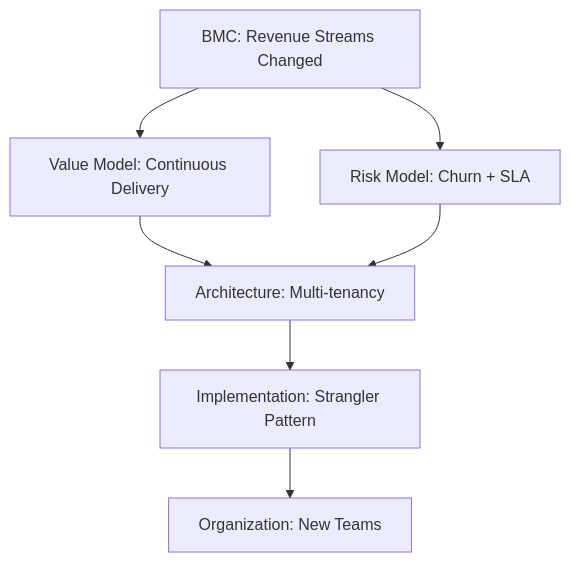
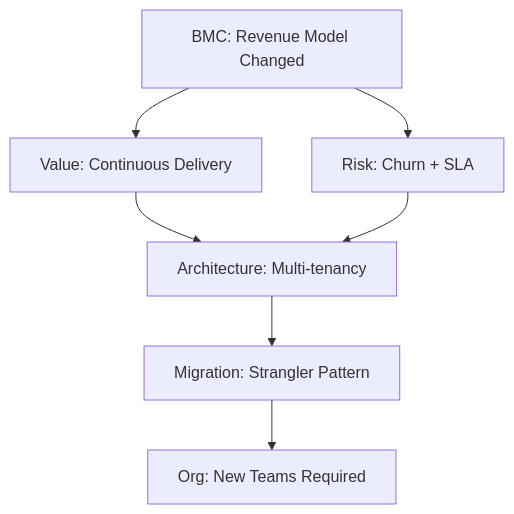
Before and after one commit to ljg-cqu/knowledge: the diagram in Prompts/Business/QA.md, drawn with Mermaid. The commit also changed other lines of this file and 10 other files, not shown here.

````diff
--- a/Prompts/Business/QA.md
+++ b/Prompts/Business/QA.md
@@ -488,9 +155,9 @@
 ```mermaid
 flowchart TD
-    A[BMC: Revenue Streams Changed] --> B[Value Model: Continuous Delivery]
-    A --> C[Risk Model: Churn + SLA]
+    A[BMC: Revenue Model Changed] --> B[Value: Continuous Delivery]
+    A --> C[Risk: Churn + SLA]
     B --> D[Architecture: Multi-tenancy]
     C --> D
-    D --> E[Implementation: Strangler Pattern]
-    E --> F[Organization: New Teams]
+    D --> E[Migration: Strangler Pattern]
+    E --> F[Org: New Teams Required]
 ```
````
